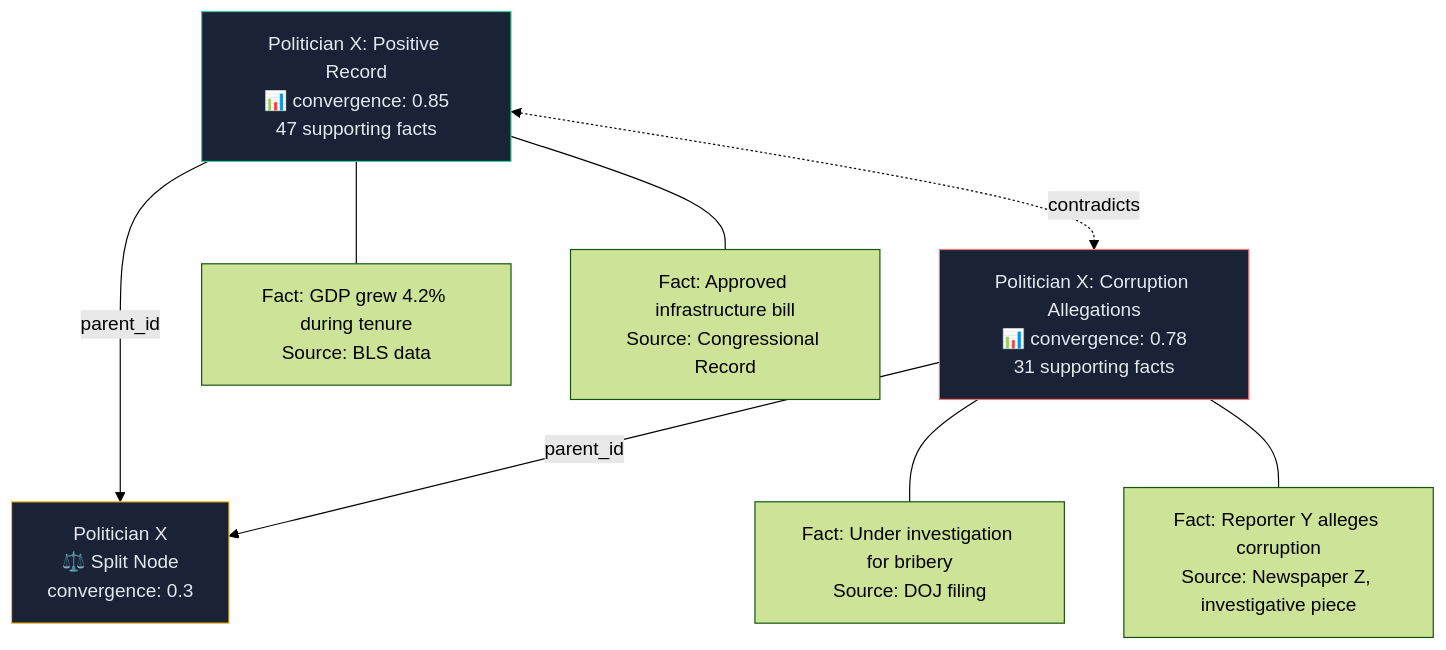
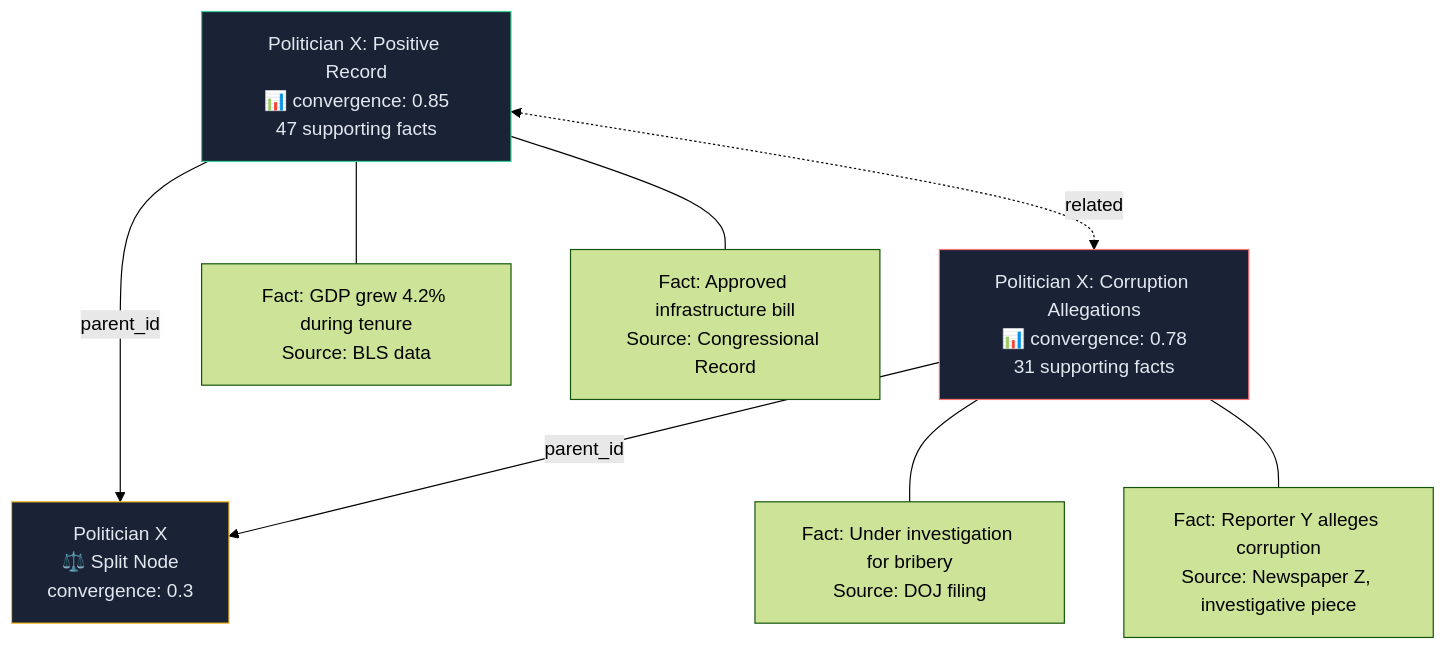
One commit to openktree/knowledge-tree changed the seventh of 8 diagrams in ARCHITECTURE.md. Above: the diagram before and after it, drawn with Mermaid (forest theme). The commit also changed other lines of this file and 1 other file, not shown here.

Commit message:
docs: update ARCHITECTURE.md and STACK.md to reflect current design (#142)

````diff
--- a/ARCHITECTURE.md
+++ b/ARCHITECTURE.md
@@ -1711,19 +1333,19 @@
 ```mermaid
 graph TD
     P["Politician X<br/>⚖️ Split Node<br/>convergence: 0.3"]
     A["Politician X: Positive Record<br/>📊 convergence: 0.85<br/>47 supporting facts"]
     B["Politician X: Corruption Allegations<br/>📊 convergence: 0.78<br/>31 supporting facts"]
 
     A -->|"parent_id"| P
     B -->|"parent_id"| P
-    A <-.->|"contradicts"| B
+    A <-.->|"related"| B
 
     A --- FA1["Fact: GDP grew 4.2% during tenure<br/>Source: BLS data"]
     A --- FA2["Fact: Approved infrastructure bill<br/>Source: Congressional Record"]
     B --- FB1["Fact: Under investigation for bribery<br/>Source: DOJ filing"]
     B --- FB2["Fact: Reporter Y alleges corruption<br/>Source: Newspaper Z, investigative piece"]
 
     style P fill:#1a2235,stroke:#fbbf24,color:#e2e8f0
     style A fill:#1a2235,stroke:#34d399,color:#e2e8f0
     style B fill:#1a2235,stroke:#f87171,color:#e2e8f0
 ```
````
